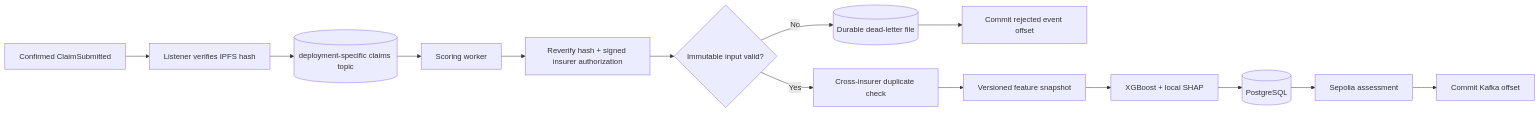
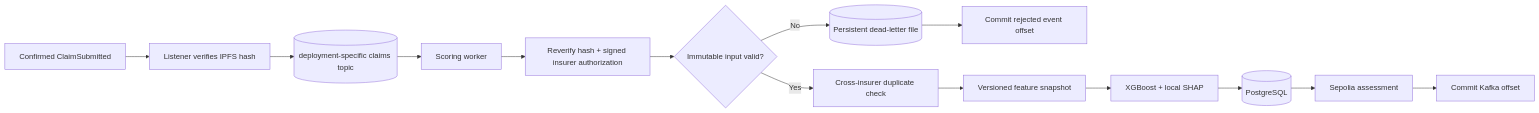
Before and after one commit to ganesh1997oli/Decentralized-Claims-Registry: the first of 2 diagrams in packages/integrations/kafka/README.md, drawn with Mermaid. The commit also changed other lines of this file and 80 other files, not shown here.

````diff
--- a/packages/integrations/kafka/README.md
+++ b/packages/integrations/kafka/README.md
@@ -25,16 +25,16 @@
 ```mermaid
 flowchart LR
     Chain["Confirmed ClaimSubmitted"] --> Listener["Listener verifies IPFS hash"]
     Listener --> Topic[("deployment-specific claims topic")]
     Topic --> Worker["Scoring worker"]
     Worker --> Verify["Reverify hash + signed insurer authorization"]
     Verify --> Valid{"Immutable input valid?"}
     Valid -->|Yes| Duplicate["Cross-insurer duplicate check"]
-    Valid -->|No| DeadLetter[("Durable dead-letter file")]
+    Valid -->|No| DeadLetter[("Persistent dead-letter file")]
     DeadLetter --> RejectedCommit["Commit rejected event offset"]
     Duplicate --> Features["Versioned feature snapshot"]
     Features --> Model["XGBoost + local SHAP"]
     Model --> DB[("PostgreSQL")]
     DB --> Write["Sepolia assessment"]
     Write --> Commit["Commit Kafka offset"]
 ```
````
